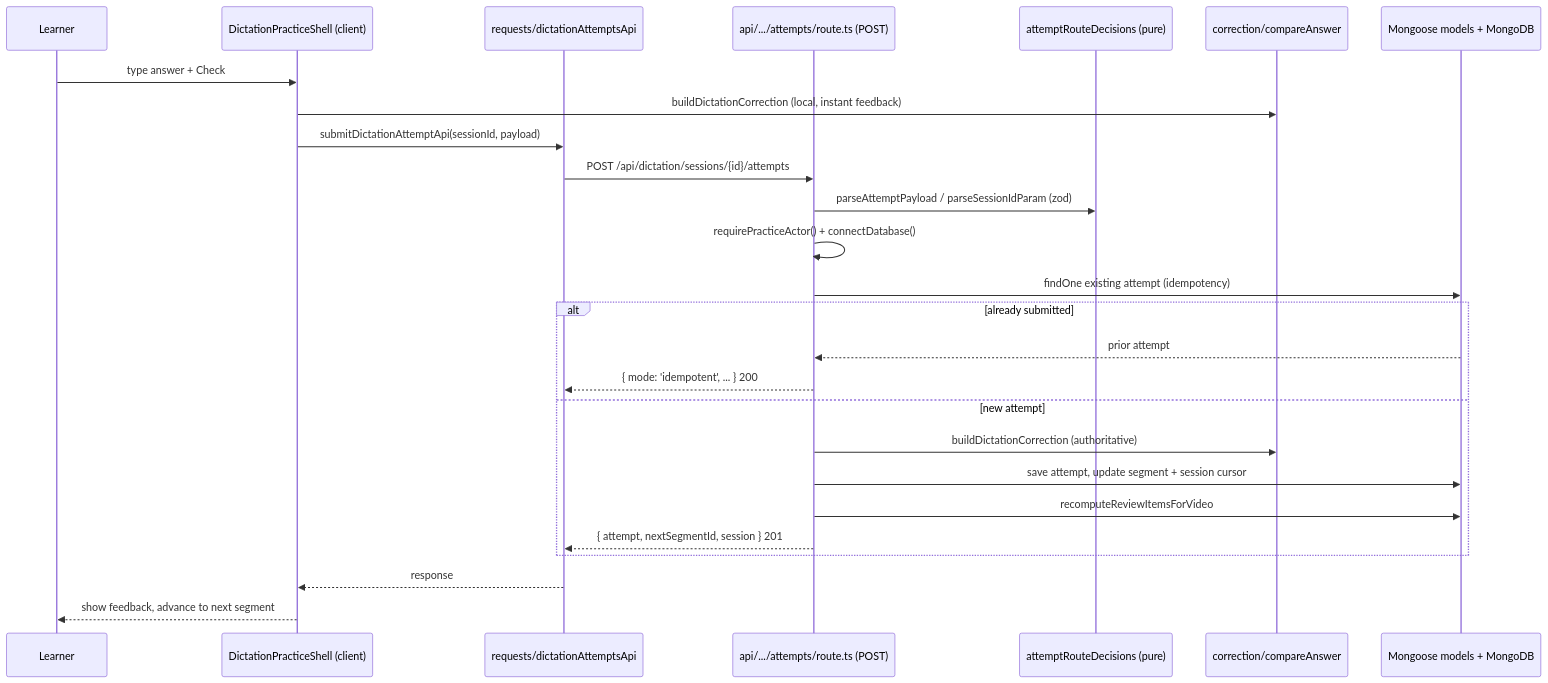
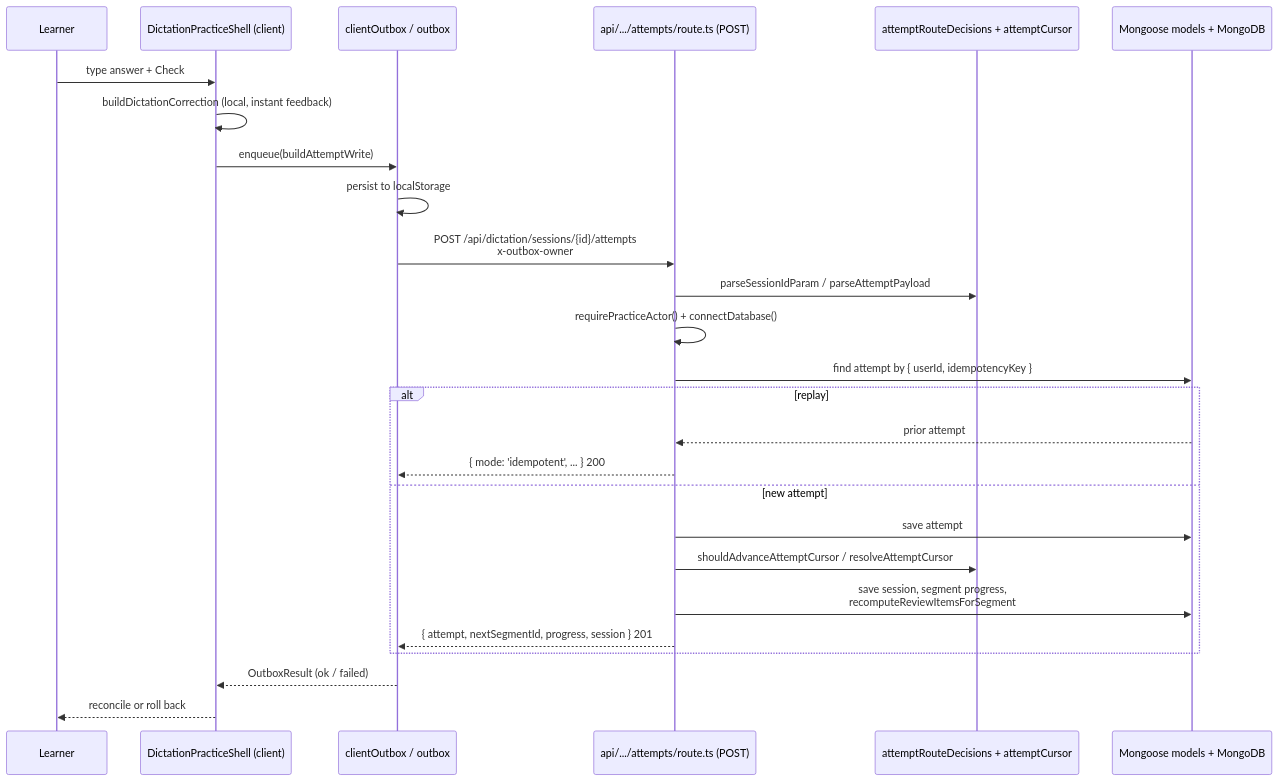
Before and after one commit to NaKMiers/English_For_Only_Me: the second of 4 diagrams in docs/02-architecture.md, drawn with Mermaid. The commit also changed other lines of this file and 12 other files, not shown here.

````diff
--- a/docs/02-architecture.md
+++ b/docs/02-architecture.md
@@ -230,29 +269,29 @@
 ```mermaid
 sequenceDiagram
   participant U as Learner
   participant Shell as DictationPracticeShell (client)
-  participant Api as requests/dictationAttemptsApi
+  participant Obx as clientOutbox / outbox
   participant Route as api/.../attempts/route.ts (POST)
-  participant Dec as attemptRouteDecisions (pure)
-  participant Corr as correction/compareAnswer
+  participant Dec as attemptRouteDecisions + attemptCursor
   participant DB as Mongoose models + MongoDB
 
   U->>Shell: type answer + Check
-  Shell->>Corr: buildDictationCorrection (local, instant feedback)
-  Shell->>Api: submitDictationAttemptApi(sessionId, payload)
-  Api->>Route: POST /api/dictation/sessions/{id}/attempts
-  Route->>Dec: parseAttemptPayload / parseSessionIdParam (zod)
+  Shell->>Shell: buildDictationCorrection (local, instant feedback)
+  Shell->>Obx: enqueue(buildAttemptWrite)
+  Obx->>Obx: persist to localStorage
+  Obx->>Route: POST /api/dictation/sessions/{id}/attempts<br/>x-outbox-owner
+  Route->>Dec: parseSessionIdParam / parseAttemptPayload
   Route->>Route: requirePracticeActor() + connectDatabase()
-  Route->>DB: findOne existing attempt (idempotency)
-  alt already submitted
+  Route->>DB: find attempt by { userId, idempotencyKey }
+  alt replay
     DB-->>Route: prior attempt
-    Route-->>Api: { mode: 'idempotent', ... } 200
+    Route-->>Obx: { mode: 'idempotent', ... } 200
   else new attempt
-    Route->>Corr: buildDictationCorrection (authoritative)
-    Route->>DB: save attempt, update segment + session cursor
-    Route->>DB: recomputeReviewItemsForVideo
-    Route-->>Api: { attempt, nextSegmentId, session } 201
+    Route->>DB: save attempt
+    Route->>Dec: shouldAdvanceAttemptCursor / resolveAttemptCursor
+    Route->>DB: save session, segment progress,<br/>recomputeReviewItemsForSegment
+    Route-->>Obx: { attempt, nextSegmentId, progress, session } 201
   end
-  Api-->>Shell: response
-  Shell-->>U: show feedback, advance to next segment
+  Obx-->>Shell: OutboxResult (ok / failed)
+  Shell-->>U: reconcile or roll back
 ```
````
